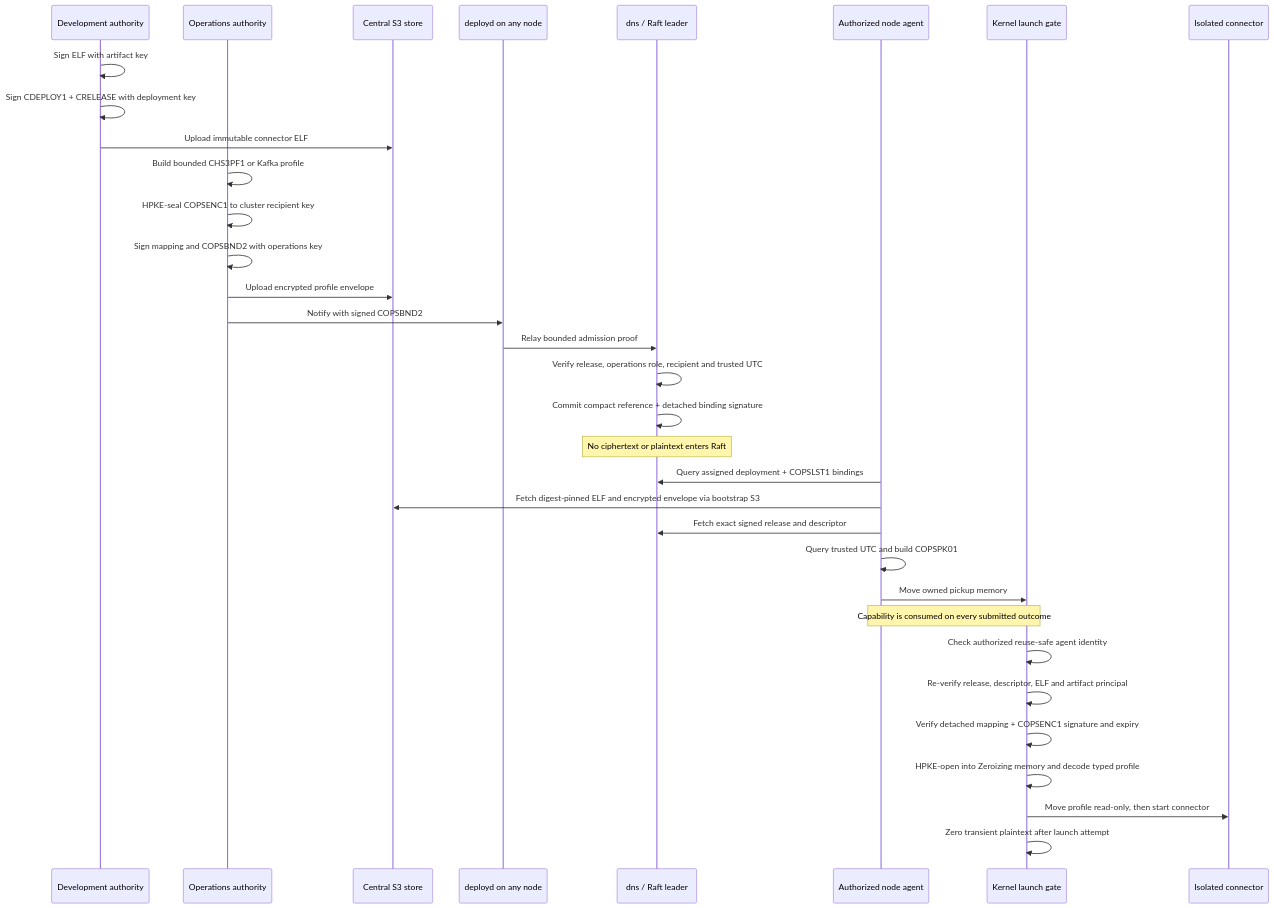
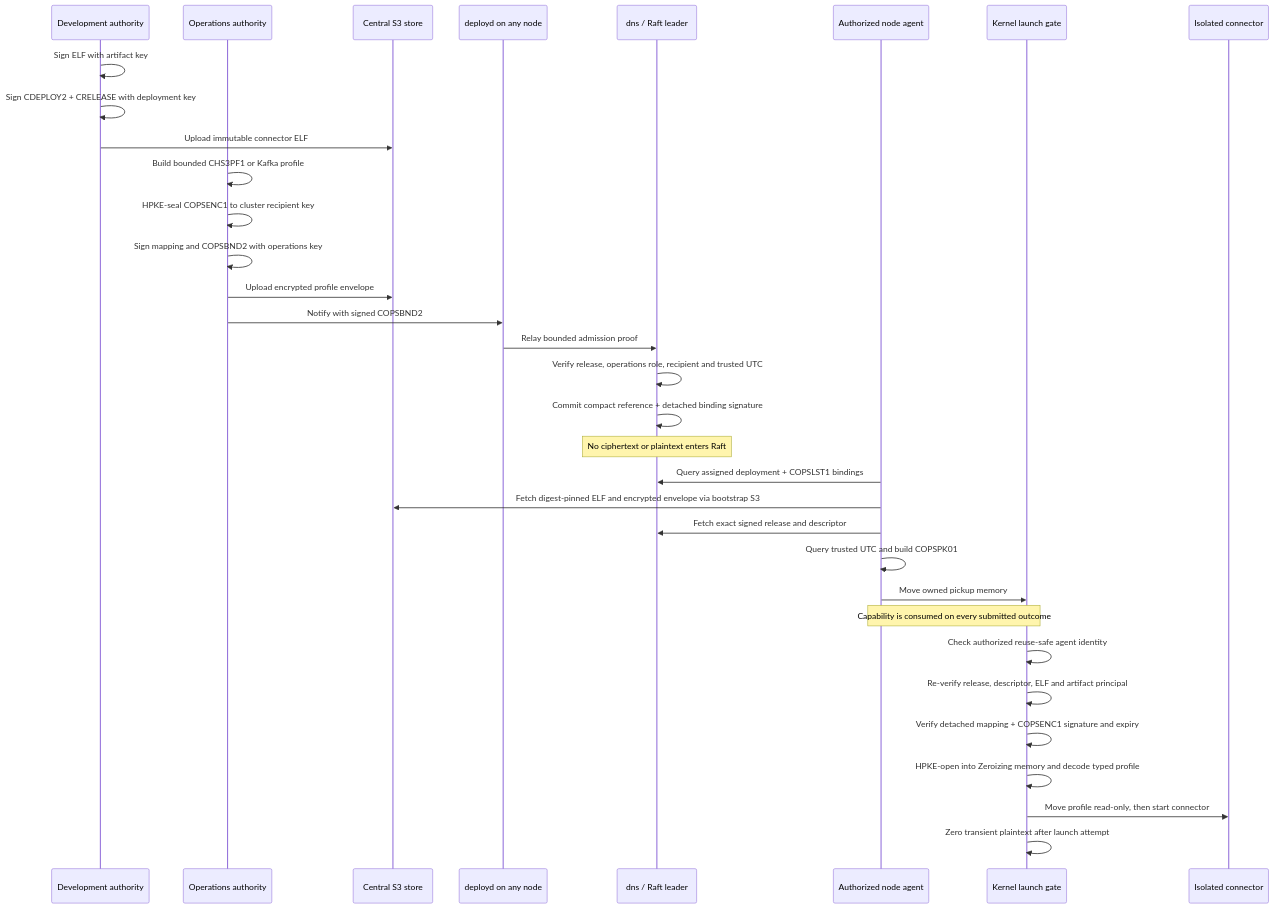
Before and after one commit to FrodeRanders/charlotte-os: the ninth of 11 diagrams in docs/figures.md, drawn with Mermaid. The commit also changed other lines of this file and 27 other files, not shown here.

Commit message:
Sign and enforce deployment stack limits

````diff
--- a/docs/figures.md
+++ b/docs/figures.md
@@ -394,40 +394,40 @@
 ```mermaid
 sequenceDiagram
 participant DEV as Development authority
 participant OPS as Operations authority
 participant O as Central S3 store
 participant D as deployd on any node
 participant R as dns / Raft leader
 participant A as Authorized node agent
 participant K as Kernel launch gate
 participant C as Isolated connector
 
       DEV->>DEV: Sign ELF with artifact key
-      DEV->>DEV: Sign CDEPLOY1 + CRELEASE with deployment key
+      DEV->>DEV: Sign CDEPLOY2 + CRELEASE with deployment key
       DEV->>O: Upload immutable connector ELF
 
       OPS->>OPS: Build bounded CHS3PF1 or Kafka profile
       OPS->>OPS: HPKE-seal COPSENC1 to cluster recipient key
       OPS->>OPS: Sign mapping and COPSBND2 with operations key
       OPS->>O: Upload encrypted profile envelope
       OPS->>D: Notify with signed COPSBND2
 
       D->>R: Relay bounded admission proof
       R->>R: Verify release, operations role, recipient and trusted UTC
       R->>R: Commit compact reference + detached binding signature
       Note over R: No ciphertext or plaintext enters Raft
 
       A->>R: Query assigned deployment + COPSLST1 bindings
       A->>O: Fetch digest-pinned ELF and encrypted envelope via bootstrap S3
       A->>R: Fetch exact signed release and descriptor
       A->>A: Query trusted UTC and build COPSPK01
       A->>K: Move owned pickup memory
       Note over A,K: Capability is consumed on every submitted outcome
 
       K->>K: Check authorized reuse-safe agent identity
       K->>K: Re-verify release, descriptor, ELF and artifact principal
       K->>K: Verify detached mapping + COPSENC1 signature and expiry
       K->>K: HPKE-open into Zeroizing memory and decode typed profile
       K->>C: Move profile read-only, then start connector
       K->>K: Zero transient plaintext after launch attempt
 ```
````
